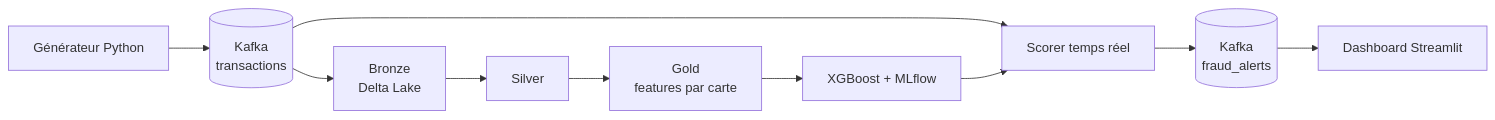
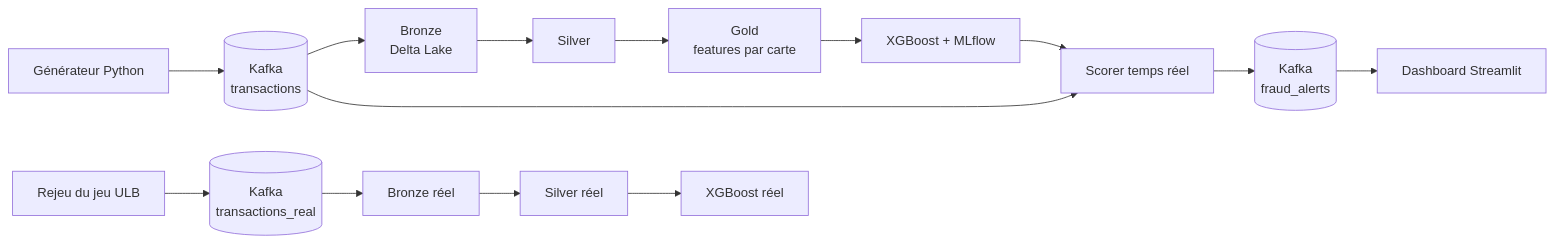
One commit to Hiba-MHADA/fraud-lakehouse changed the diagram in README.md. Above: the diagram before and after it, drawn with Mermaid. The commit also changed other lines of this file, not shown here.

````diff
--- a/README.md
+++ b/README.md
@@ -9,12 +11,16 @@
 ```mermaid
 flowchart LR
     G[Générateur Python] --> K[(Kafka<br/>transactions)]
     K --> B[Bronze<br/>Delta Lake]
     B --> S[Silver]
     S --> Go[Gold<br/>features par carte]
     Go --> M[XGBoost + MLflow]
     K --> SC[Scorer temps réel]
     M --> SC
     SC --> A[(Kafka<br/>fraud_alerts)]
     A --> D[Dashboard Streamlit]
+    R[Rejeu du jeu ULB] --> KR[(Kafka<br/>transactions_real)]
+    KR --> BR[Bronze réel]
+    BR --> SR[Silver réel]
+    SR --> MR[XGBoost réel]
 ```
````
